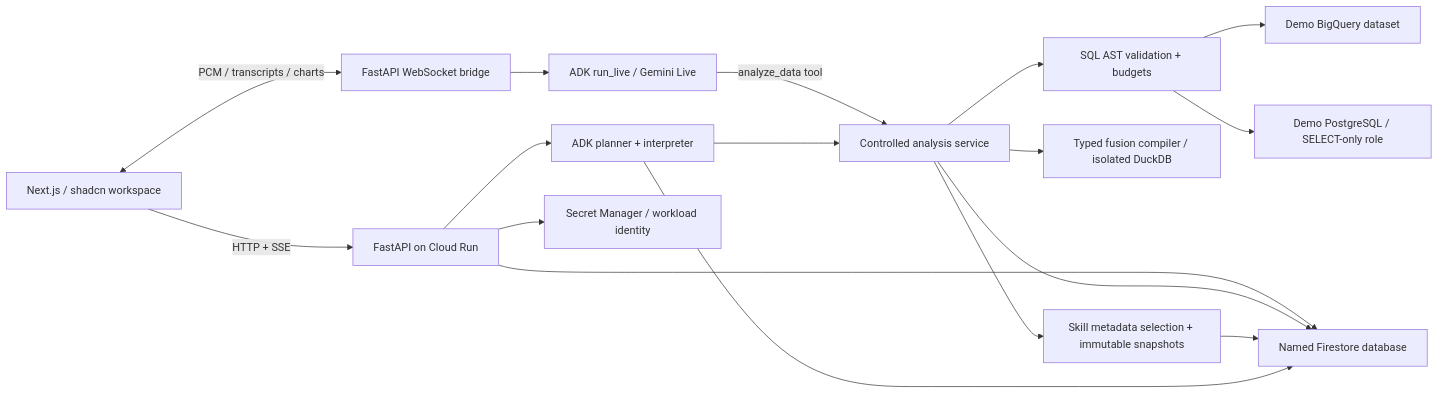
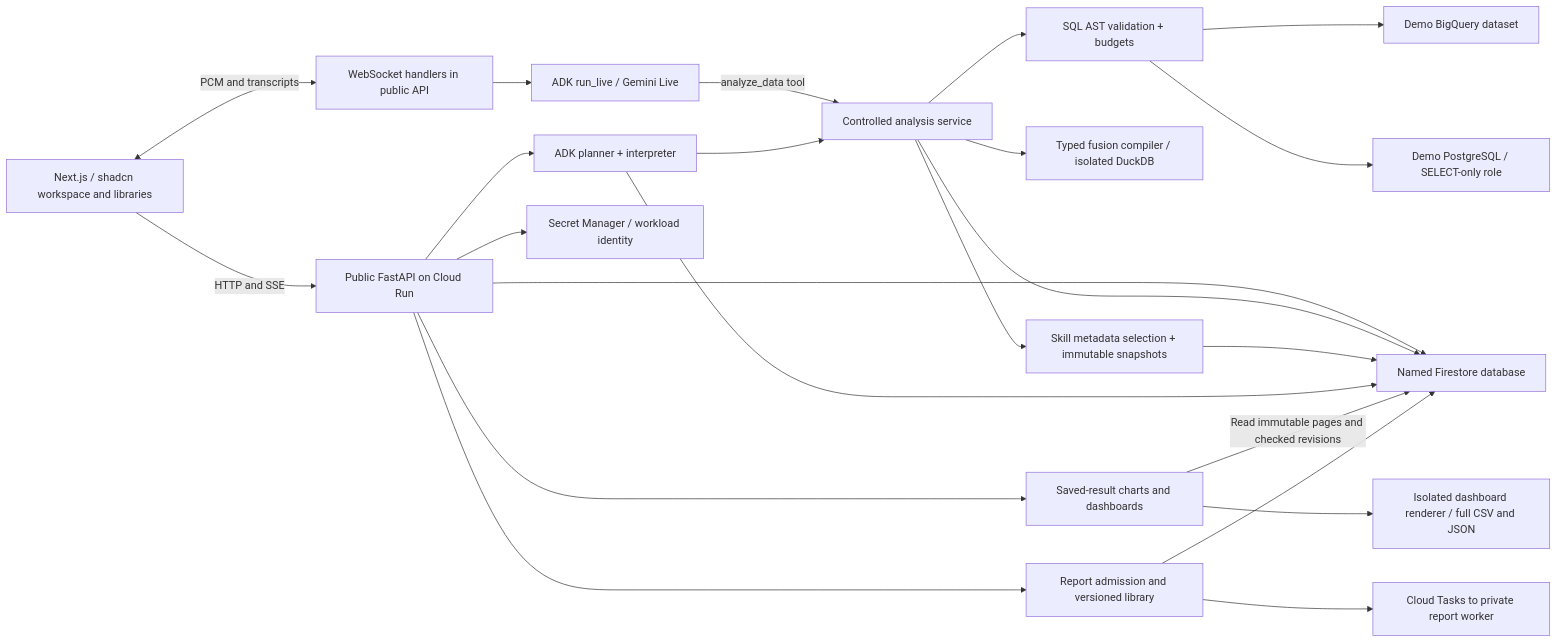
One commit to RusiruChathushanaka/querylane-agentic-bi changed the first of 2 diagrams in docs/architecture.md. Above: the diagram before and after it, drawn with Mermaid. The commit also changed other lines of this file and 18 other files, not shown here.

First line of the commit message:
Add Graphify folder

````diff
--- a/docs/architecture.md
+++ b/docs/architecture.md
@@ -3,19 +9,25 @@
 ```mermaid
 flowchart LR
-    Browser[Next.js / shadcn workspace] -->|HTTP + SSE| API[FastAPI on Cloud Run]
-    Browser <-->|PCM / transcripts / charts| Voice[FastAPI WebSocket bridge]
+    Browser[Next.js / shadcn workspace and libraries] -->|HTTP and SSE| API[Public FastAPI on Cloud Run]
+    Browser <-->|PCM and transcripts| Voice[WebSocket handlers in public API]
     API --> ADK[ADK planner + interpreter]
     Voice --> Live[ADK run_live / Gemini Live]
     Live -->|analyze_data tool| Analysis[Controlled analysis service]
     ADK --> Analysis
     Analysis --> Guard[SQL AST validation + budgets]
     Guard --> BQ[Demo BigQuery dataset]
     Guard --> PG[Demo PostgreSQL / SELECT-only role]
     Analysis --> Fusion[Typed fusion compiler / isolated DuckDB]
     API --> Store[Named Firestore database]
     Analysis --> Store
     Analysis --> Skills[Skill metadata selection + immutable snapshots]
     Skills --> Store
     ADK --> Store
+    API --> Saved[Saved-result charts and dashboards]
+    Saved -->|Read immutable pages and checked revisions| Store
+    Saved --> Export[Isolated dashboard renderer / full CSV and JSON]
+    API --> Reports[Report admission and versioned library]
+    Reports --> Store
+    Reports --> Dispatch[Cloud Tasks to private report worker]
     API --> Secrets[Secret Manager / workload identity]
 ```
````
